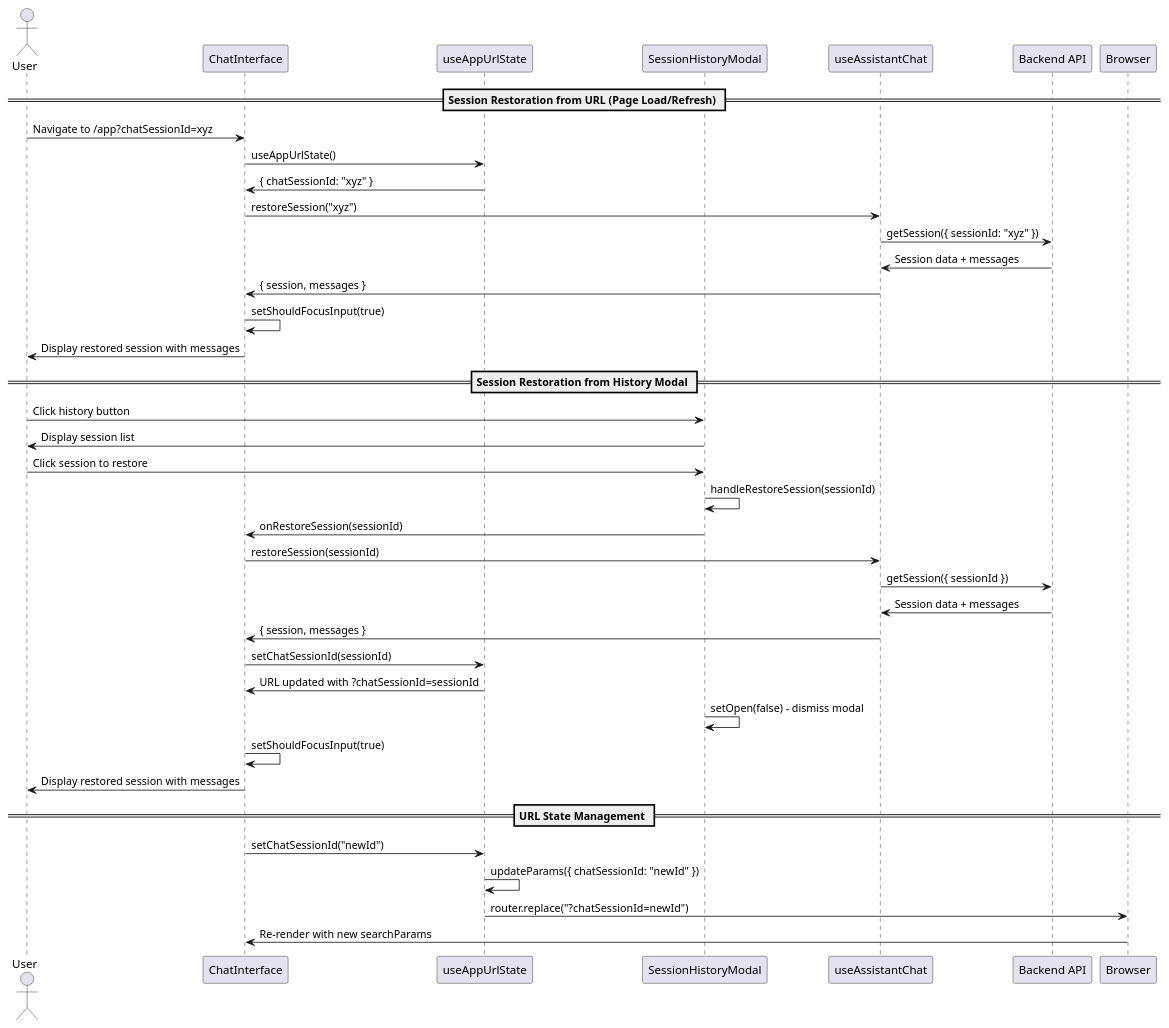
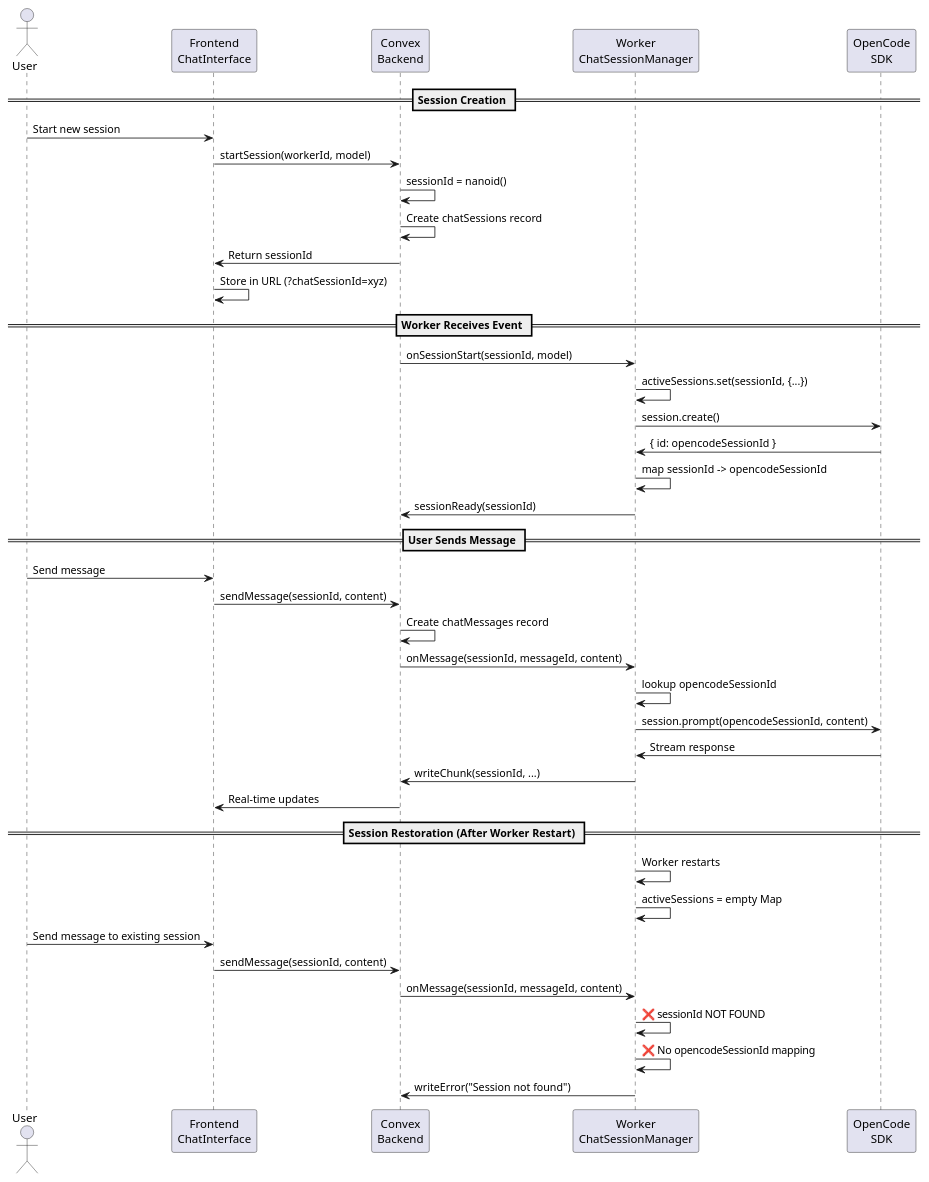
Before and after one commit to conradkoh/opencode-orchestrator: the diagram in codemaps/session-restoration.codemap.md, drawn with PlantUML. The commit also changed other lines of this file and 6 other files, not shown here.

````diff
--- a/codemaps/session-restoration.codemap.md
+++ b/codemaps/session-restoration.codemap.md
@@ -13,43 +176,47 @@
 ```plantuml
 @startuml
 actor User
-participant "ChatInterface" as CI
-participant "useAppUrlState" as URL
-participant "SessionHistoryModal" as Modal
-participant "useAssistantChat" as Hook
-participant "Backend API" as API
+participant "Frontend\nChatInterface" as FE
+participant "Convex\nBackend" as BE
+participant "Worker\nChatSessionManager" as WM
+participant "OpenCode\nSDK" as OC
 
-== Session Restoration from URL (Page Load/Refresh) ==
-User -> CI: Navigate to /app?chatSessionId=xyz
-CI -> URL: useAppUrlState()
-URL -> CI: { chatSessionId: "xyz" }
-CI -> Hook: restoreSession("xyz")
-Hook -> API: getSession({ sessionId: "xyz" })
-API -> Hook: Session data + messages
-Hook -> CI: { session, messages }
-CI -> CI: setShouldFocusInput(true)
-CI -> User: Display restored session with messages
+== Session Creation ==
+User -> FE: Start new session
+FE -> BE: startSession(workerId, model)
+BE -> BE: sessionId = nanoid()
+BE -> BE: Create chatSessions record
+BE -> FE: Return sessionId
+FE -> FE: Store in URL (?chatSessionId=xyz)
 
-== Session Restoration from History Modal ==
-User -> Modal: Click history button
-Modal -> User: Display session list
-User -> Modal: Click session to restore
-Modal -> Modal: handleRestoreSession(sessionId)
-Modal -> CI: onRestoreSession(sessionId)
-CI -> Hook: restoreSession(sessionId)
-Hook -> API: getSession({ sessionId })
-API -> Hook: Session data + messages
-Hook -> CI: { session, messages }
-CI -> URL: setChatSessionId(sessionId)
-URL -> CI: URL updated with ?chatSessionId=sessionId
-Modal -> Modal: setOpen(false) - dismiss modal
-CI -> CI: setShouldFocusInput(true)
-CI -> User: Display restored session with messages
+== Worker Receives Event ==
+BE -> WM: onSessionStart(sessionId, model)
+WM -> WM: activeSessions.set(sessionId, {...})
+WM -> OC: session.create()
+OC -> WM: { id: opencodeSessionId }
+WM -> WM: map sessionId -> opencodeSessionId
+WM -> BE: sessionReady(sessionId)
 
-== URL State Management ==
-CI -> URL: setChatSessionId("newId")
-URL -> URL: updateParams({ chatSessionId: "newId" })
-URL -> Browser: router.replace("?chatSessionId=newId")
-Browser -> CI: Re-render with new searchParams
+== User Sends Message ==
+User -> FE: Send message
+FE -> BE: sendMessage(sessionId, content)
+BE -> BE: Create chatMessages record
+BE -> WM: onMessage(sessionId, messageId, content)
+WM -> WM: lookup opencodeSessionId
+WM -> OC: session.prompt(opencodeSessionId, content)
+OC -> WM: Stream response
+WM -> BE: writeChunk(sessionId, ...)
+BE -> FE: Real-time updates
+
+== Session Restoration (After Worker Restart) ==
+WM -> WM: Worker restarts
+WM -> WM: activeSessions = empty Map
+User -> FE: Send message to existing session
+FE -> BE: sendMessage(sessionId, content)
+BE -> WM: onMessage(sessionId, messageId, content)
+WM -> WM: ❌ sessionId NOT FOUND
+WM -> WM: ❌ No opencodeSessionId mapping
+WM -> BE: writeError("Session not found")
+
 @enduml
 ```
````
